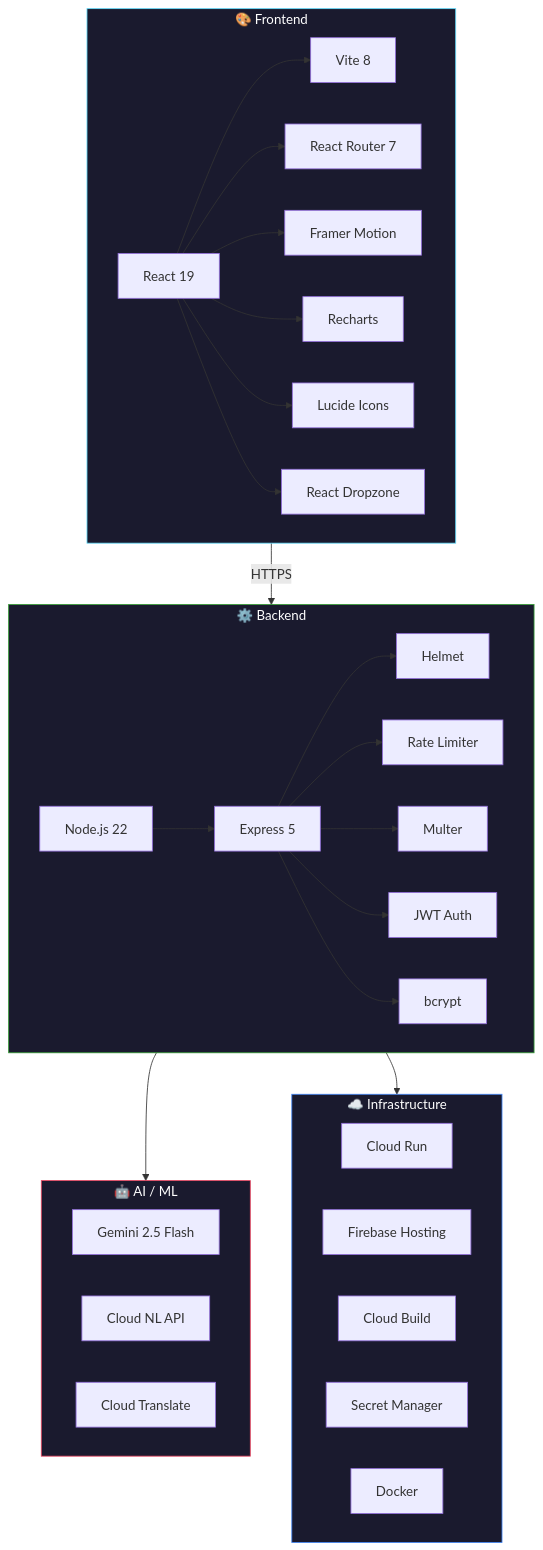
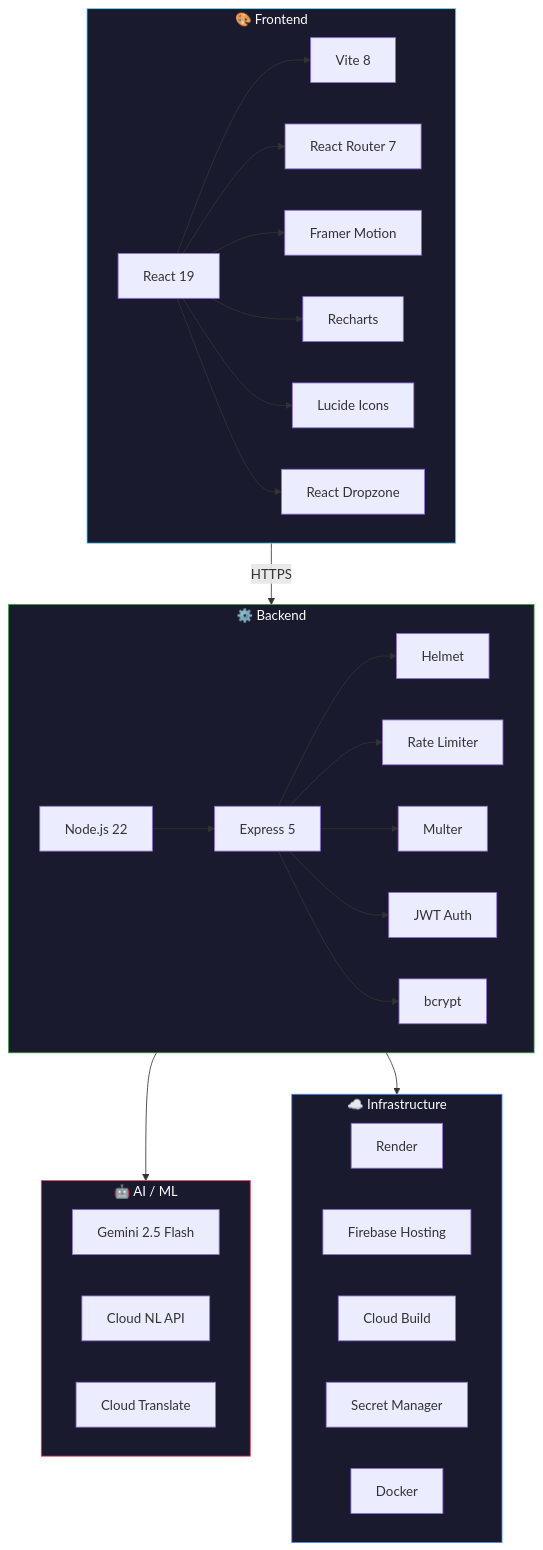
One commit to Ndheeraj906/LexGuard-AI changed the third of 4 diagrams in README.md. Above: the diagram before and after it, drawn with Mermaid. The commit also changed other lines of this file, not shown here.

Commit message:
docs: replace Cloud Run references with Render

````diff
--- a/README.md
+++ b/README.md
@@ -344,43 +344,43 @@
 ```mermaid
 graph TB
     subgraph CLIENT["🎨 Frontend"]
         R["React 19"] --> V["Vite 8"]
         R --> RR["React Router 7"]
         R --> FM["Framer Motion"]
         R --> RC["Recharts"]
         R --> LI["Lucide Icons"]
         R --> RD["React Dropzone"]
     end
 
     subgraph SERVER["⚙️ Backend"]
         N["Node.js 22"] --> E["Express 5"]
         E --> H["Helmet"]
         E --> RL["Rate Limiter"]
         E --> M["Multer"]
         E --> JWT["JWT Auth"]
         E --> BC["bcrypt"]
     end
 
     subgraph AI["🤖 AI / ML"]
         G["Gemini 2.5 Flash"]
         NL["Cloud NL API"]
         TR["Cloud Translate"]
     end
 
     subgraph INFRA["☁️ Infrastructure"]
-        CR["Cloud Run"]
+        CR["Render"]
         FH["Firebase Hosting"]
         CB["Cloud Build"]
         SM["Secret Manager"]
         DK["Docker"]
     end
 
     CLIENT -- "HTTPS" --> SERVER
     SERVER --> AI
     SERVER --> INFRA
 
     style CLIENT fill:#1a1a2e,stroke:#61DAFB,color:#fff
     style SERVER fill:#1a1a2e,stroke:#339933,color:#fff
     style AI fill:#1a1a2e,stroke:#e94560,color:#fff
     style INFRA fill:#1a1a2e,stroke:#4285F4,color:#fff
 ```
````
